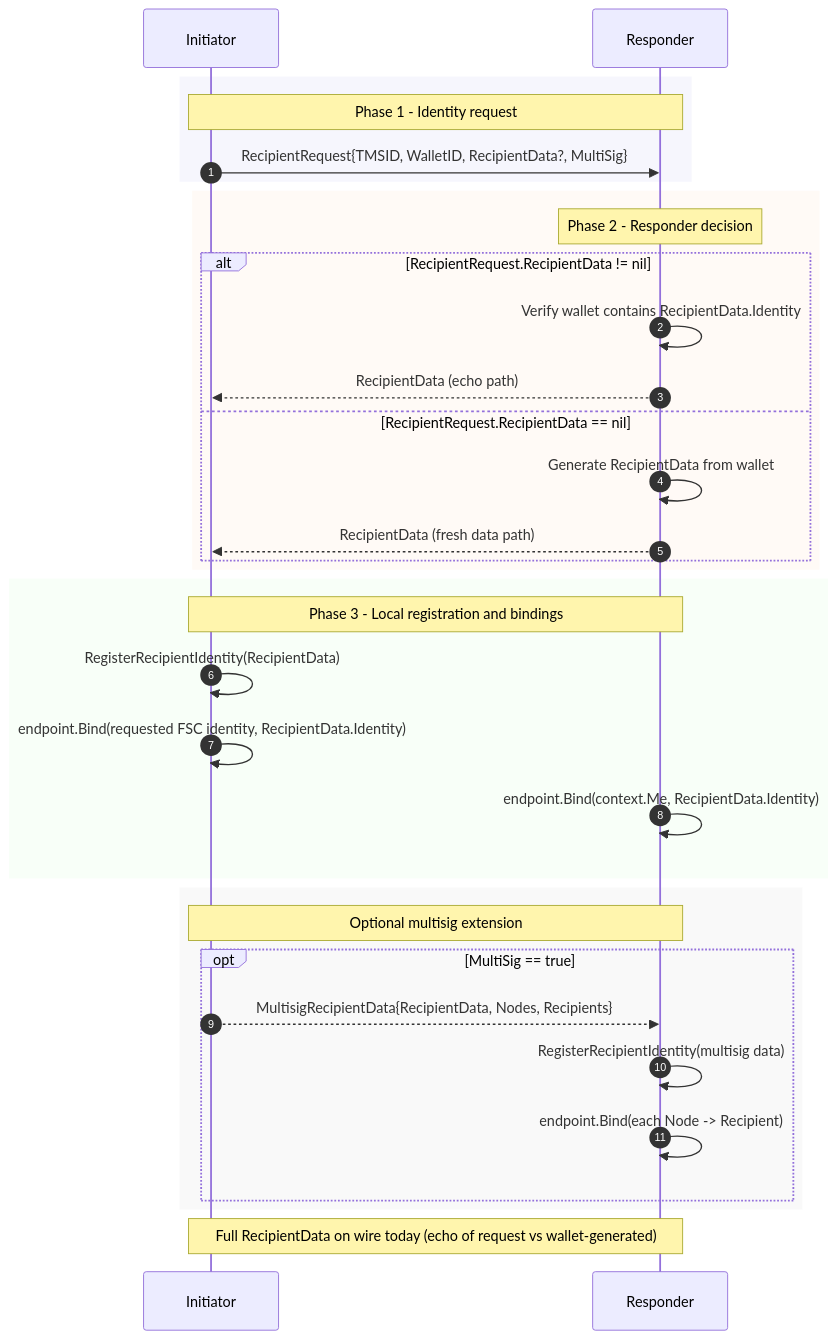
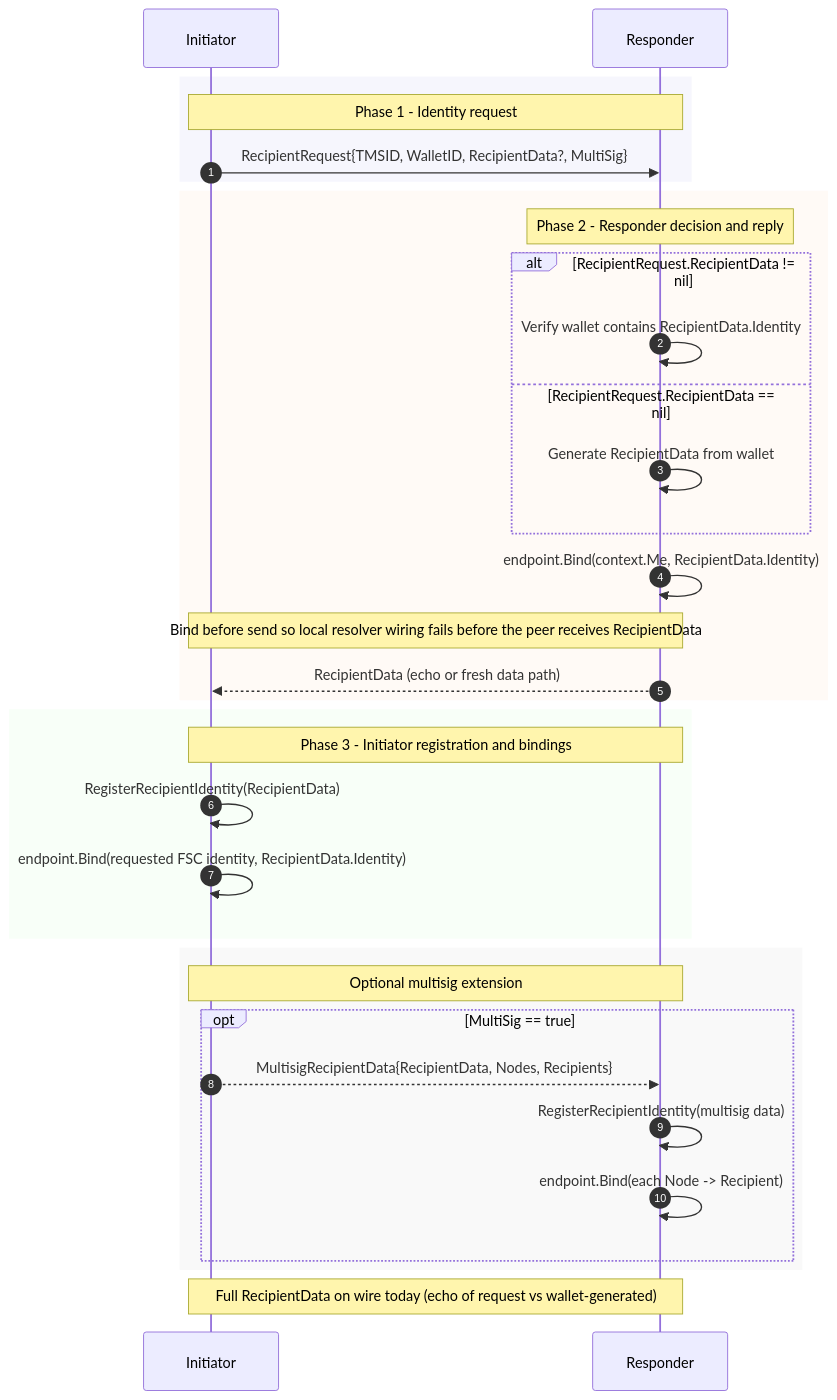
The second of 3 diagrams in docs/services/ttx.md (hyperledger-labs/fabric-token-sdk), drawn with Mermaid before and after one commit. The commit also changed other lines of this file and 2 other files, not shown here.

Commit message:
fix(ttx): bind before send on recipient views; remove unused isMeCache
Responder flows now call endpoint.Bind before session.Send so a local bind
failure does not leave the peer with RecipientData we never wired locally.

identity.Provider: drop isMeCache/no-cache bookkeeping (always a no-op in
practice). AreMe uses signer cache and storage only; skipping a real cache
avoids incorrect entries for single-use identities (e.g. Idemix nyms).
RegisterRecipientIdentity and RollbackPartialRecipientRegistration on Provider
are documented no-ops for in-memory marks; the wallet rollback hook remains for
other IdentityProvider implementations.

RespondExchangeRecipientIdentitiesView passes TokenMetadataAuditInfo through
RegisterRecipientIdentity for the initiator RecipientData carried in the
exchange request.

Update TTX service diagrams to match ordering.

````diff
--- a/docs/services/ttx.md
+++ b/docs/services/ttx.md
@@ -91,40 +91,40 @@
 ```mermaid
 sequenceDiagram
     autonumber
     participant I as Initiator
     participant R as Responder
 
     rect rgba(230, 230, 250, 0.35)
         Note over I,R: Phase 1 - Identity request
         I->>R: RecipientRequest{TMSID, WalletID, RecipientData?, MultiSig}
     end
 
     rect rgba(255, 245, 238, 0.5)
-        Note over R: Phase 2 - Responder decision
+        Note over R: Phase 2 - Responder decision and reply
         alt RecipientRequest.RecipientData != nil
             R->>R: Verify wallet contains RecipientData.Identity
-            R-->>I: RecipientData (echo path)
         else RecipientRequest.RecipientData == nil
             R->>R: Generate RecipientData from wallet
-            R-->>I: RecipientData (fresh data path)
         end
+        R->>R: endpoint.Bind(context.Me, RecipientData.Identity)
+        Note over R,I: Bind before send so local resolver wiring fails before the peer receives RecipientData
+        R-->>I: RecipientData (echo or fresh data path)
     end
 
     rect rgba(240, 255, 240, 0.45)
-        Note over I,R: Phase 3 - Local registration and bindings
+        Note over I,R: Phase 3 - Initiator registration and bindings
         I->>I: RegisterRecipientIdentity(RecipientData)
         I->>I: endpoint.Bind(requested FSC identity, RecipientData.Identity)
-        R->>R: endpoint.Bind(context.Me, RecipientData.Identity)
     end
 
     rect rgba(245, 245, 245, 0.55)
         Note over I,R: Optional multisig extension
         opt MultiSig == true
             I-->>R: MultisigRecipientData{RecipientData, Nodes, Recipients}
             R->>R: RegisterRecipientIdentity(multisig data)
             R->>R: endpoint.Bind(each Node -> Recipient)
         end
     end
 
     Note over I,R: Full RecipientData on wire today (echo of request vs wallet-generated)
 ```
````
